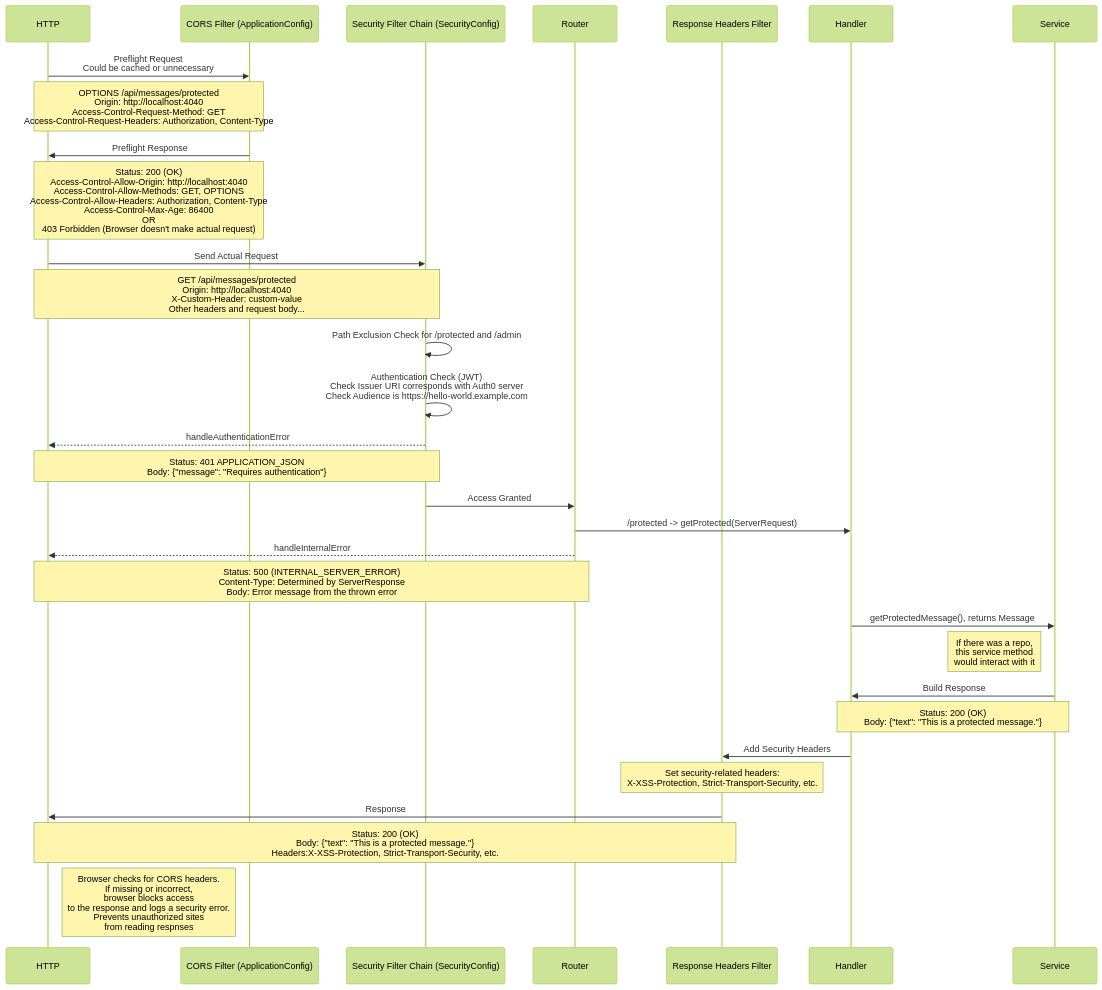
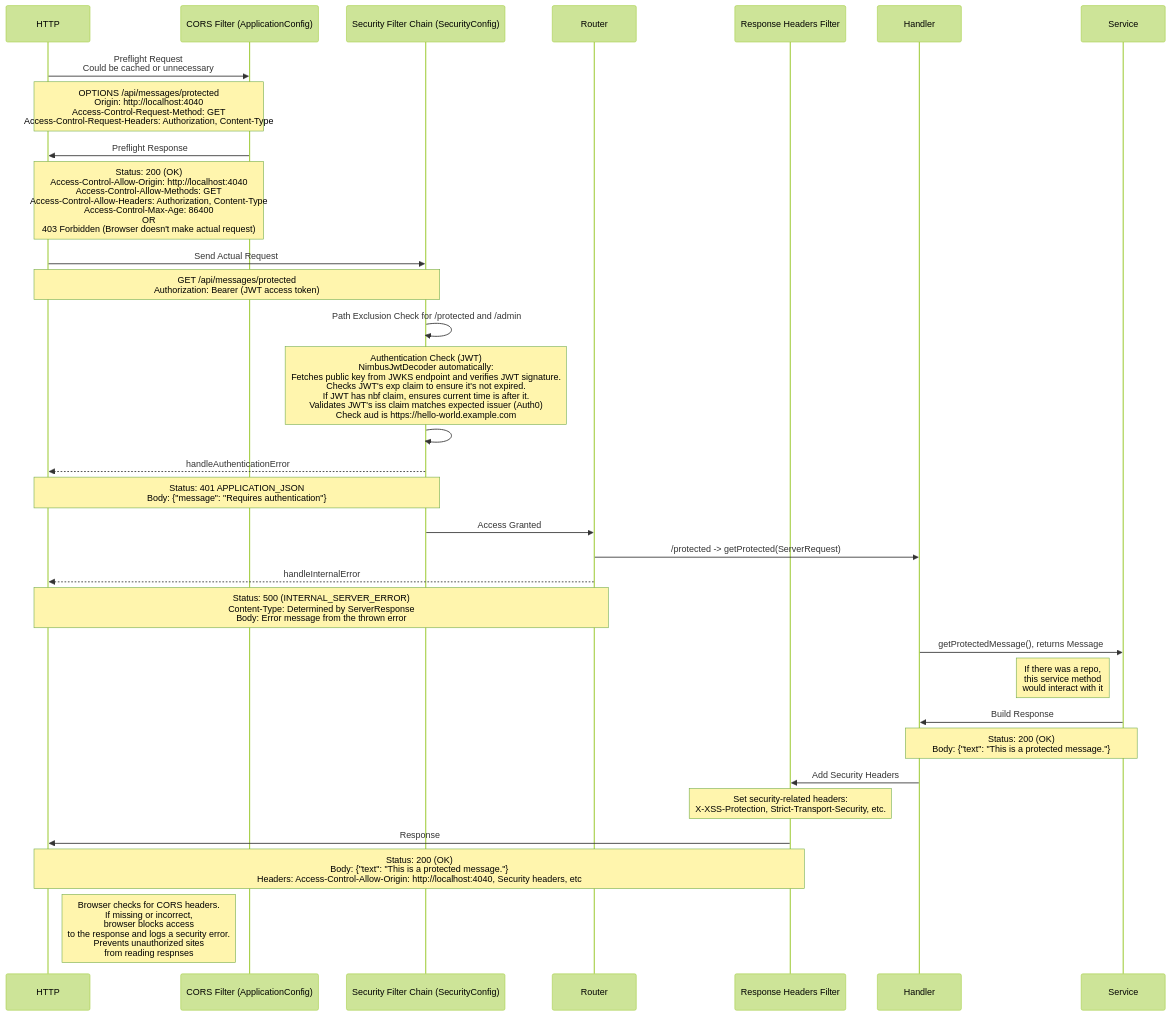
The fifth of 5 diagrams in README.md (aeharriman/notes-on-auth0-java-springboot), drawn with Mermaid (forest theme) before and after one commit. The commit also changed other lines of this file, not shown here.

Commit message:
Notes taken

````diff
--- a/README.md
+++ b/README.md
@@ -148,40 +149,41 @@
 ```mermaid
 sequenceDiagram
 
   participant HttpRequest as HTTP
   participant CorsFilter as CORS Filter (ApplicationConfig)
   participant SecurityFilterChain as Security Filter Chain (SecurityConfig)
   participant Router as Router
   participant ResponseHeadersFilter as Response Headers Filter
 
   participant Handler as Handler
   participant Service as Service
 
 
 HttpRequest->>CorsFilter: Preflight Request<br/> Could be cached or unnecessary
   Note over HttpRequest,CorsFilter: OPTIONS /api/messages/protected<br/>Origin: http://localhost:4040<br/>Access-Control-Request-Method: GET<br/>Access-Control-Request-Headers: Authorization, Content-Type
   CorsFilter->>HttpRequest: Preflight Response
-  Note over CorsFilter,HttpRequest: Status: 200 (OK)<br/>Access-Control-Allow-Origin: http://localhost:4040<br/>Access-Control-Allow-Methods: GET, OPTIONS<br/>Access-Control-Allow-Headers: Authorization, Content-Type<br/>Access-Control-Max-Age: 86400<br/>OR <br/>403 Forbidden (Browser doesn't make actual request)
+  Note over CorsFilter,HttpRequest: Status: 200 (OK)<br/>Access-Control-Allow-Origin: http://localhost:4040<br/>Access-Control-Allow-Methods: GET<br/>Access-Control-Allow-Headers: Authorization, Content-Type<br/>Access-Control-Max-Age: 86400<br/>OR <br/>403 Forbidden (Browser doesn't make actual request)
   HttpRequest->>SecurityFilterChain: Send Actual Request
-  Note over HttpRequest,SecurityFilterChain: GET /api/messages/protected<br/>Origin: http://localhost:4040<br/>X-Custom-Header: custom-value<br/>Other headers and request body...
+  Note over HttpRequest,SecurityFilterChain: GET /api/messages/protected<br/>Authorization: Bearer (JWT access token)
   SecurityFilterChain->>SecurityFilterChain: Path Exclusion Check for /protected and /admin
-  SecurityFilterChain->>SecurityFilterChain: Authentication Check (JWT)<br/>Check Issuer URI corresponds with Auth0 server<br/>Check Audience is https://hello-world.example.com
+  Note over SecurityFilterChain: Authentication Check (JWT)<br/>NimbusJwtDecoder automatically:<br/>Fetches public key from JWKS endpoint and verifies JWT signature.<br/>Checks JWT's exp claim to ensure it's not expired.<br/>If JWT has nbf claim, ensures current time is after it.<br/>Validates JWT's iss claim matches expected issuer (Auth0)<br/>Check aud is https://hello-world.example.com
+  SecurityFilterChain->>SecurityFilterChain: 
   SecurityFilterChain-->>HttpRequest: handleAuthenticationError
   Note over HttpRequest,SecurityFilterChain: Status: 401  APPLICATION_JSON<br/>Body: {"message": "Requires authentication"}
   SecurityFilterChain->>Router: Access Granted
   Router->>Handler: /protected -> getProtected(ServerRequest)
   Router-->>HttpRequest: handleInternalError
   Note over HttpRequest,Router: Status: 500 (INTERNAL_SERVER_ERROR)<br/>Content-Type: Determined by ServerResponse<br/>Body: Error message from the thrown error
 
   Handler->>Service: getProtectedMessage(), returns Message
   Note left of Service: If there was a repo,<br/>this service method<br/>would interact with it
   Service->>Handler: Build Response
   Note over Service,Handler: Status: 200 (OK)<br/>Body: {"text": "This is a protected message."}
 Handler->>ResponseHeadersFilter: Add Security Headers
 Note over ResponseHeadersFilter: Set security-related headers: <br/>X-XSS-Protection, Strict-Transport-Security, etc.
 ResponseHeadersFilter->>HttpRequest: Response
-Note over HttpRequest, ResponseHeadersFilter: Status: 200 (OK)<br/>Body: {"text": "This is a protected message."}<br/>Headers:X-XSS-Protection, Strict-Transport-Security, etc.
+Note over HttpRequest, ResponseHeadersFilter: Status: 200 (OK)<br/>Body: {"text": "This is a protected message."}<br/>Headers: Access-Control-Allow-Origin: http://localhost:4040, Security headers, etc
 
 Note right of HttpRequest: Browser checks for CORS headers.<br/> If missing or incorrect,<br/> browser blocks access<br/> to the response and logs a security error.<br/>Prevents unauthorized sites<br/> from reading respnses
 
 ```
````
